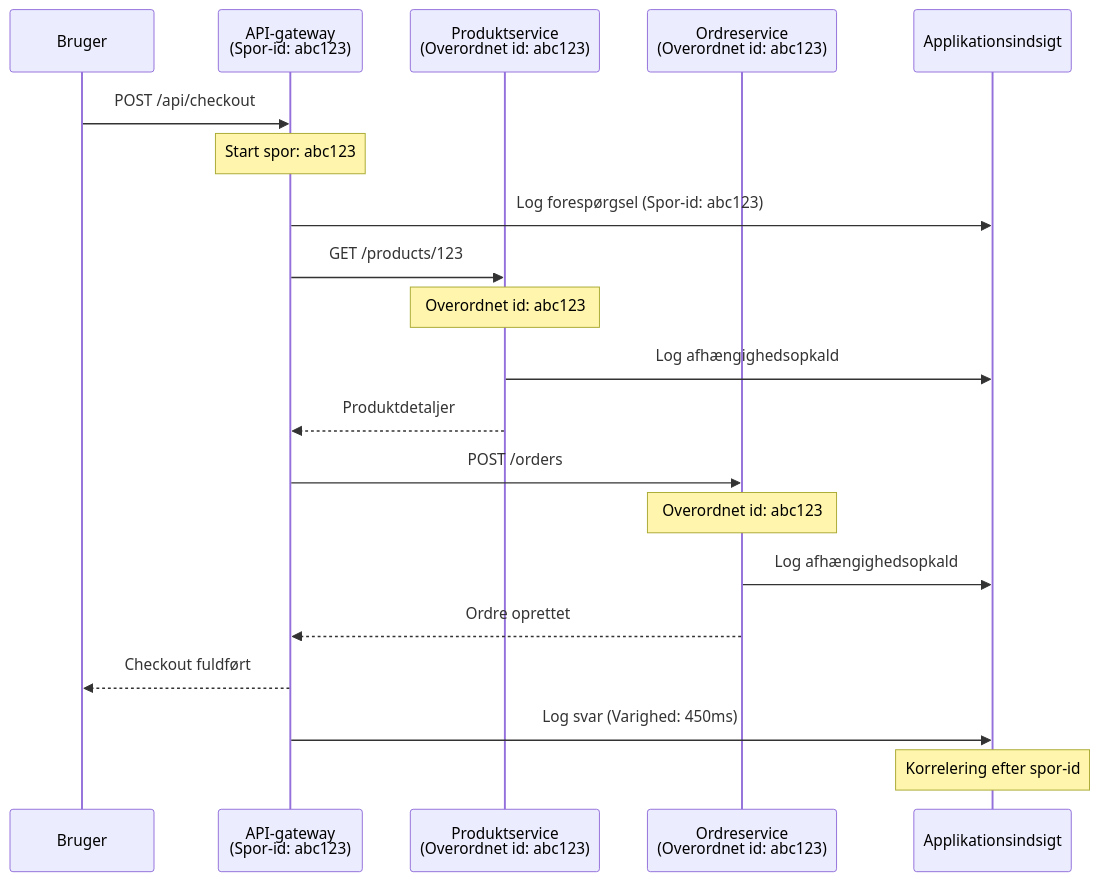
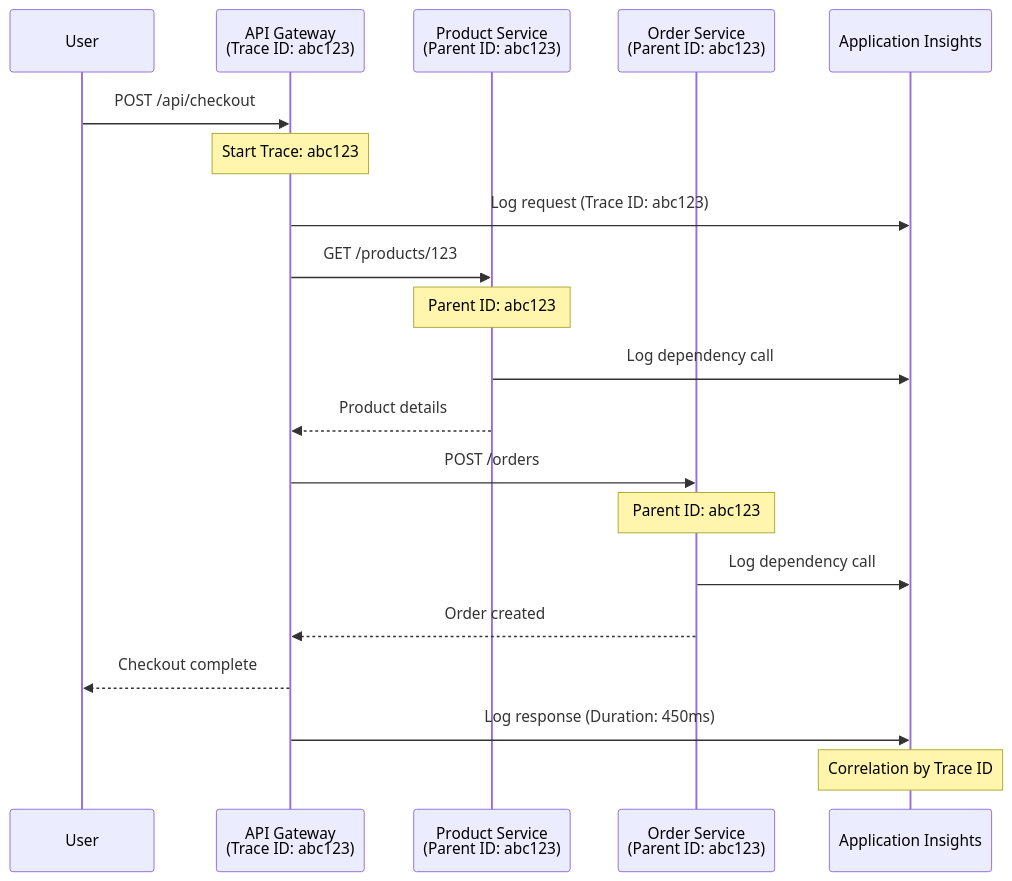
One commit to microsoft/AZD-for-beginners changed the second of 2 diagrams in translations/da/docs/chapter-06-pre-deployment/application-insights.md. Above: the diagram before and after it, drawn with Mermaid. The commit also changed other lines of this file and 153 other files, not shown here.

````diff
--- a/translations/da/docs/chapter-06-pre-deployment/application-insights.md
+++ b/translations/da/docs/chapter-06-pre-deployment/application-insights.md
@@ -744,27 +714,27 @@
 ```mermaid
 sequenceDiagram
-    participant User as Bruger
-    participant Gateway as API-gateway<br/>(Spor-id: abc123)
-    participant Product as Produktservice<br/>(Overordnet id: abc123)
-    participant Order as Ordreservice<br/>(Overordnet id: abc123)
-    participant AppInsights as Applikationsindsigt
+    participant User
+    participant Gateway as API Gateway<br/>(Trace ID: abc123)
+    participant Product as Product Service<br/>(Parent ID: abc123)
+    participant Order as Order Service<br/>(Parent ID: abc123)
+    participant AppInsights as Application Insights
     
     User->>Gateway: POST /api/checkout
-    Note over Gateway: Start spor: abc123
-    Gateway->>AppInsights: Log forespørgsel (Spor-id: abc123)
+    Note over Gateway: Start Trace: abc123
+    Gateway->>AppInsights: Log request (Trace ID: abc123)
     
     Gateway->>Product: GET /products/123
-    Note over Product: Overordnet id: abc123
-    Product->>AppInsights: Log afhængighedsopkald
-    Product-->>Gateway: Produktdetaljer
+    Note over Product: Parent ID: abc123
+    Product->>AppInsights: Log dependency call
+    Product-->>Gateway: Product details
     
     Gateway->>Order: POST /orders
-    Note over Order: Overordnet id: abc123
-    Order->>AppInsights: Log afhængighedsopkald
-    Order-->>Gateway: Ordre oprettet
+    Note over Order: Parent ID: abc123
+    Order->>AppInsights: Log dependency call
+    Order-->>Gateway: Order created
     
-    Gateway-->>User: Checkout fuldført
-    Gateway->>AppInsights: Log svar (Varighed: 450ms)
+    Gateway-->>User: Checkout complete
+    Gateway->>AppInsights: Log response (Duration: 450ms)
     
-    Note over AppInsights: Korrelering efter spor-id
+    Note over AppInsights: Correlation by Trace ID
 ```
````
